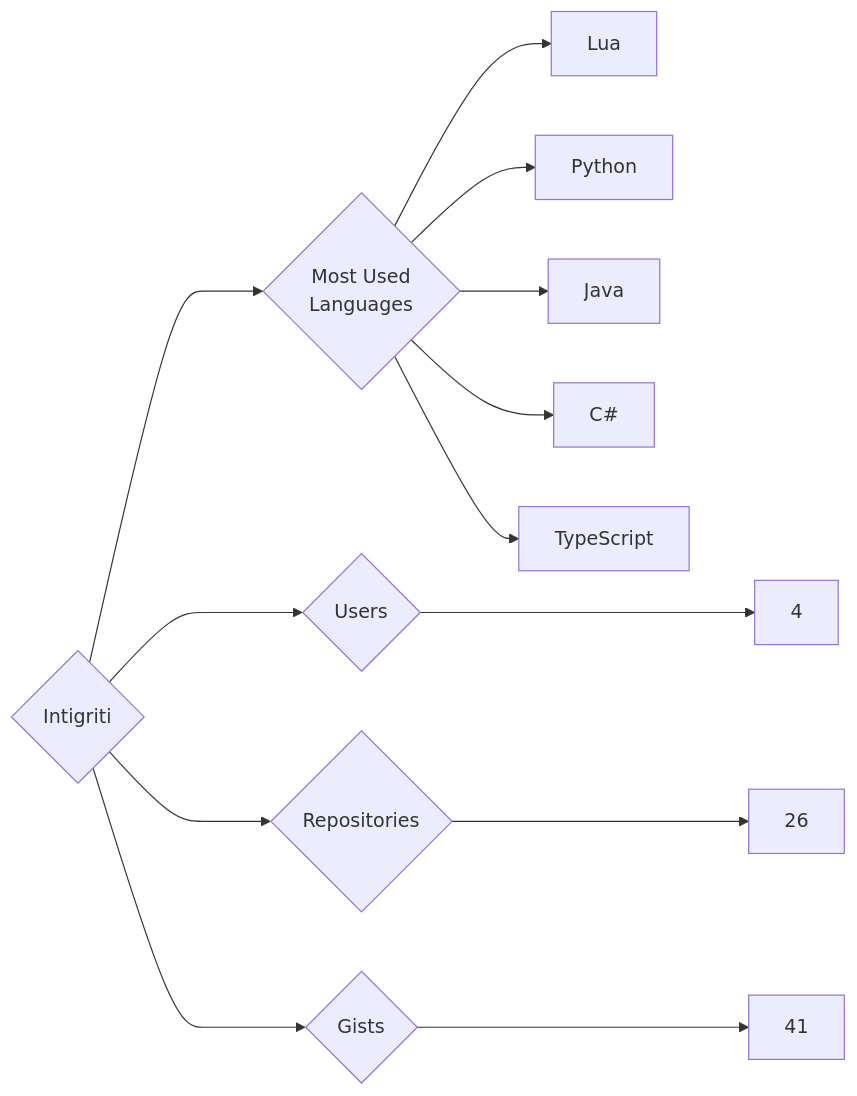
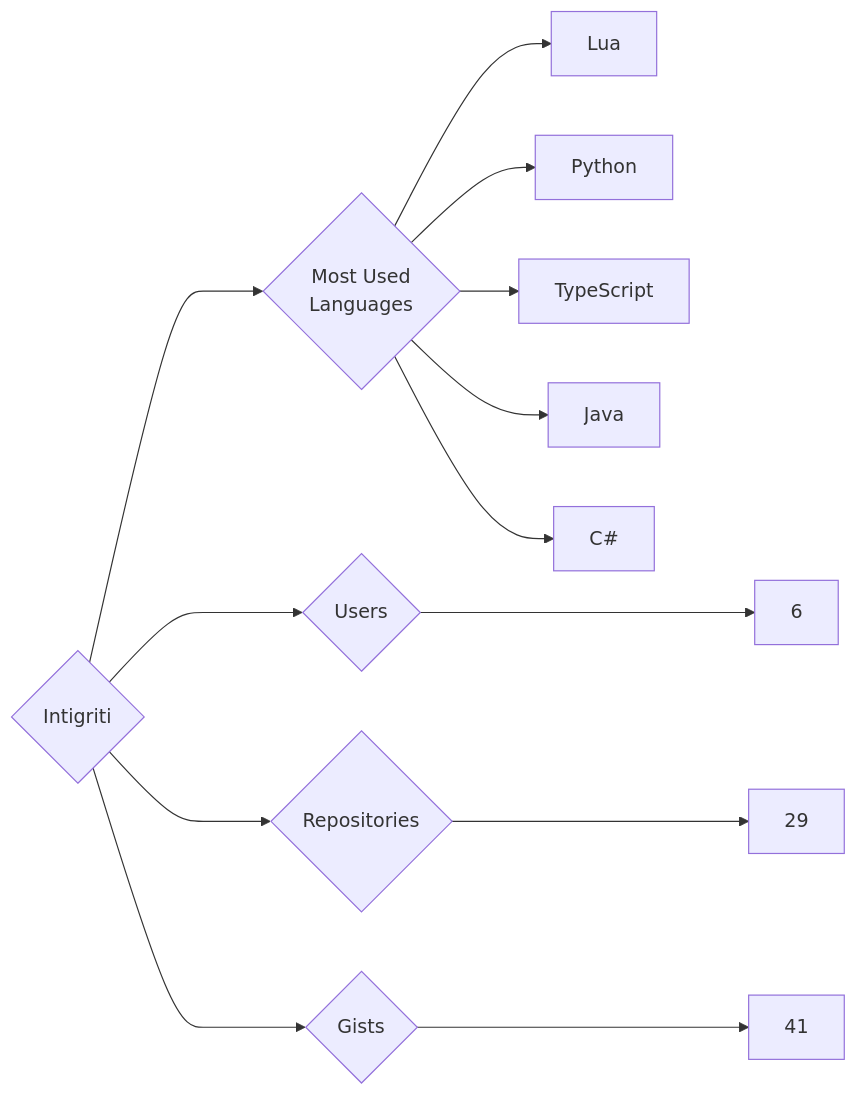
The diagram in targets/Intigriti/README.md (trickest/insiders), drawn with Mermaid before and after one commit. The commit also changed 873 other files, not shown here.

````diff
--- a/targets/Intigriti/README.md
+++ b/targets/Intigriti/README.md
@@ -3,13 +3,13 @@
 ```mermaid
 graph LR
 COMPANY_NAME{Intigriti}
-COMPANY_NAME ---> U{Users} ---> UN[4]
-COMPANY_NAME ---> R{Repositories} ---> RN[26]
+COMPANY_NAME ---> U{Users} ---> UN[6]
+COMPANY_NAME ---> R{Repositories} ---> RN[29]
 COMPANY_NAME ---> G{Gists} ---> GN[41]
 COMPANY_NAME ---> ML{Most Used<br>Languages}
 ML --> Lua[Lua]
 ML --> Python[Python]
+ML --> TypeScript[TypeScript]
 ML --> Java[Java]
 ML --> C#[C#]
-ML --> TypeScript[TypeScript]
 ```
````
